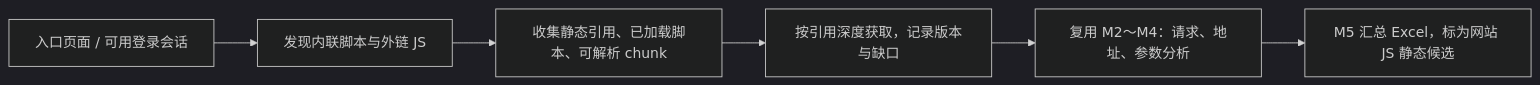
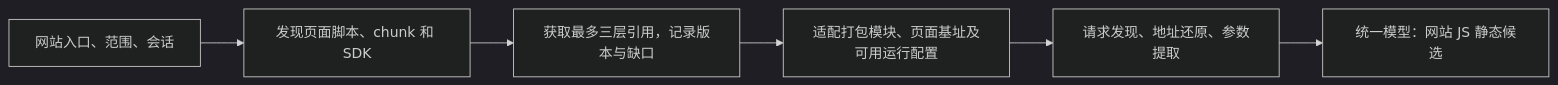
Before and after one commit to luohaijiang789/js-security: the diagram in docs/网站JS收集方案.md, drawn with Mermaid (dark theme). The commit also changed other lines of this file and 12 other files, not shown here.

````diff
--- a/docs/网站JS收集方案.md
+++ b/docs/网站JS收集方案.md
@@ -7,8 +9,8 @@
 ```mermaid
 flowchart LR
-    P["入口页面 / 可用登录会话"] --> S["发现内联脚本与外链 JS"]
-    S --> D["收集静态引用、已加载脚本、可解析 chunk"]
-    D --> F["按引用深度获取，记录版本与缺口"]
-    F --> A["复用 M2～M4：请求、地址、参数分析"]
-    A --> X["M5 汇总 Excel，标为网站 JS 静态候选"]
+    P["网站入口、范围、会话"] --> S["发现页面脚本、chunk 和 SDK"]
+    S --> F["获取最多三层引用，记录版本与缺口"]
+    F --> C["适配打包模块、页面基址及可用运行配置"]
+    C --> A["请求发现、地址还原、参数提取"]
+    A --> X["统一模型：网站 JS 静态候选"]
 ```
````
